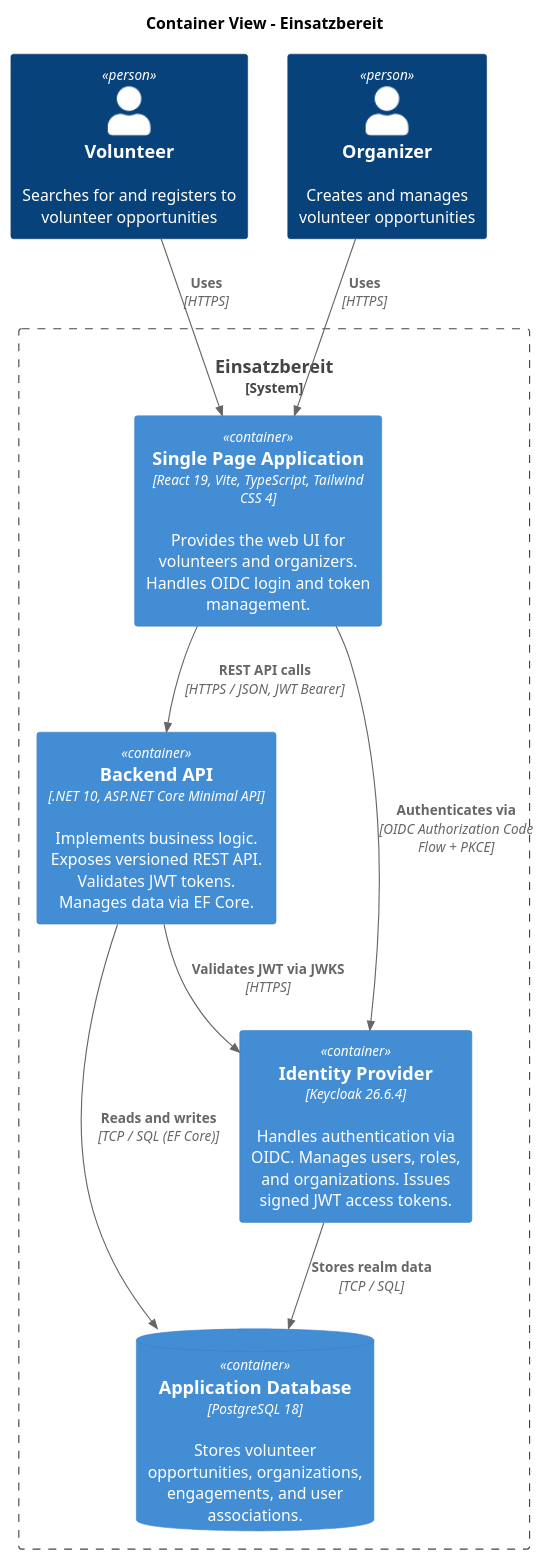
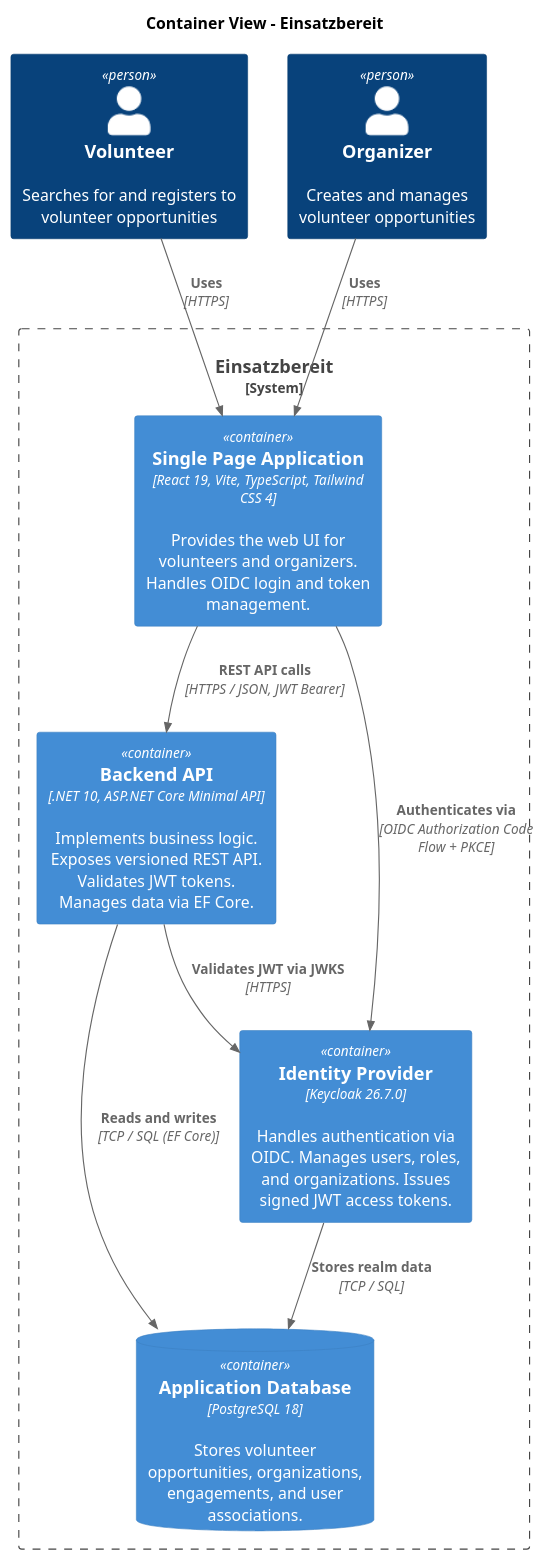
One commit to maik-hasler/einsatzbereit changed the diagram in docs/Architecture/images/container-view.puml. Above: the diagram before and after it, drawn with PlantUML. The commit also changed 6 other files, not shown here.

```diff
--- a/docs/Architecture/images/container-view.puml
+++ b/docs/Architecture/images/container-view.puml
@@ -1,25 +1,25 @@
 @startuml Container View
 
 !include <C4/C4_Container>
 
 title Container View - Einsatzbereit
 
 Person(volunteer, "Volunteer", "Searches for and registers to volunteer opportunities")
 Person(organizer, "Organizer", "Creates and manages volunteer opportunities")
 
 System_Boundary(einsatzbereit, "Einsatzbereit") {
 		Container(frontend, "Single Page Application", "React 19, Vite, TypeScript, Tailwind CSS 4", "Provides the web UI for volunteers and organizers. Handles OIDC login and token management.")
 		Container(backend, "Backend API", ".NET 10, ASP.NET Core Minimal API", "Implements business logic. Exposes versioned REST API. Validates JWT tokens. Manages data via EF Core.")
 		ContainerDb(db, "Application Database", "PostgreSQL 18", "Stores volunteer opportunities, organizations, engagements, and user associations.")
-		Container(keycloak, "Identity Provider", "Keycloak 26.6.4", "Handles authentication via OIDC. Manages users, roles, and organizations. Issues signed JWT access tokens.")
+		Container(keycloak, "Identity Provider", "Keycloak 26.7.0", "Handles authentication via OIDC. Manages users, roles, and organizations. Issues signed JWT access tokens.")
 }
 
 Rel(volunteer, frontend, "Uses", "HTTPS")
 Rel(organizer, frontend, "Uses", "HTTPS")
 Rel(frontend, backend, "REST API calls", "HTTPS / JSON, JWT Bearer")
 Rel(frontend, keycloak, "Authenticates via", "OIDC Authorization Code Flow + PKCE")
 Rel(backend, db, "Reads and writes", "TCP / SQL (EF Core)")
 Rel(backend, keycloak, "Validates JWT via JWKS", "HTTPS")
 Rel(keycloak, db, "Stores realm data", "TCP / SQL")
 
 @enduml
```
